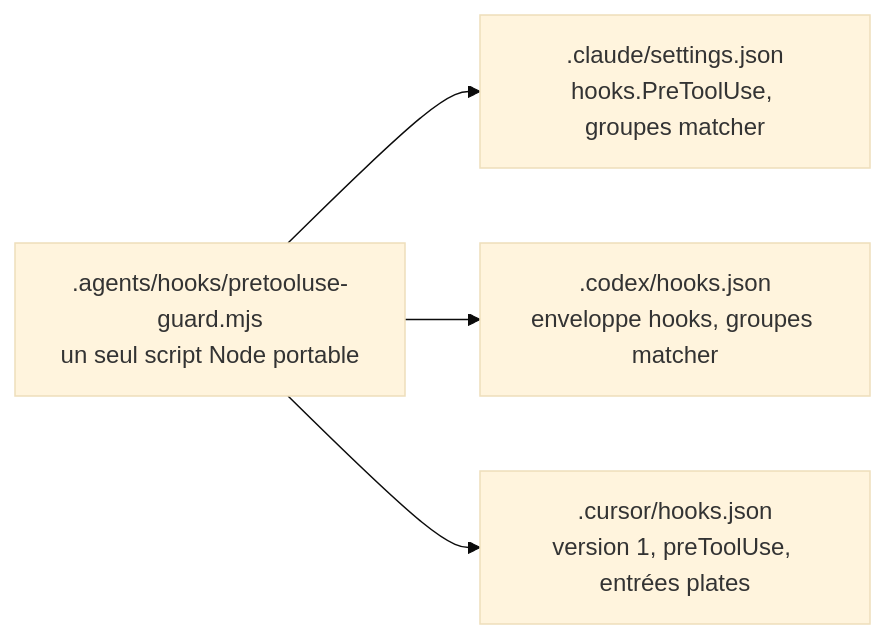
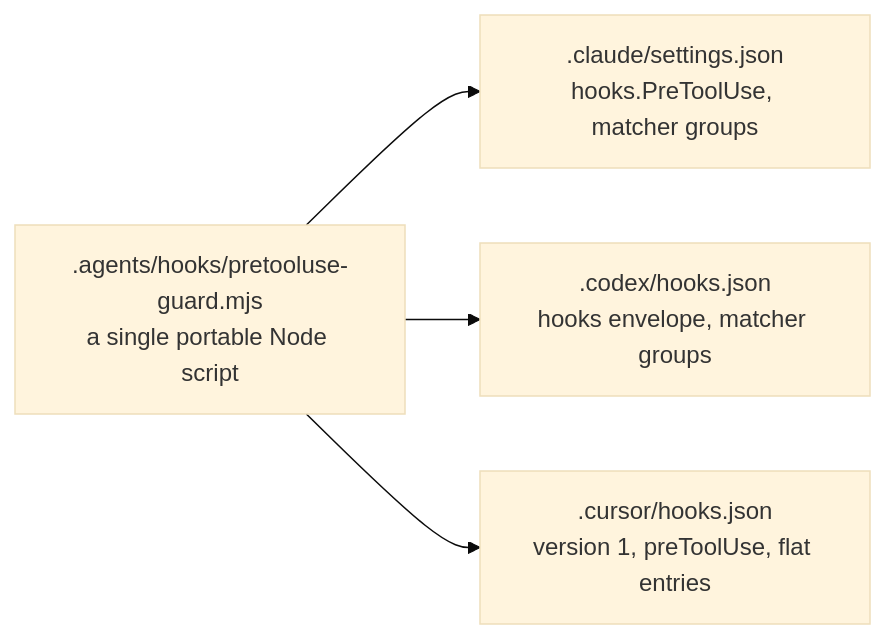
One commit to PicardRaphael/agentsdir changed the second of 4 diagrams in docs/commandes.md. Above: the diagram before and after it, drawn with Mermaid (base theme). The commit also changed other lines of this file and 23 other files, not shown here.

````diff
--- a/docs/commandes.md
+++ b/docs/commandes.md
@@ -327,7 +329,7 @@
 ```mermaid
 flowchart LR
-    S[.agents/hooks/pretooluse-guard.mjs<br/>un seul script Node portable]
-    S --> C1[.claude/settings.json<br/>hooks.PreToolUse, groupes matcher]
-    S --> C2[.codex/hooks.json<br/>enveloppe hooks, groupes matcher]
-    S --> C3[.cursor/hooks.json<br/>version 1, preToolUse, entrées plates]
+    S[.agents/hooks/pretooluse-guard.mjs<br/>a single portable Node script]
+    S --> C1[.claude/settings.json<br/>hooks.PreToolUse, matcher groups]
+    S --> C2[.codex/hooks.json<br/>hooks envelope, matcher groups]
+    S --> C3[.cursor/hooks.json<br/>version 1, preToolUse, flat entries]
 ```
````
